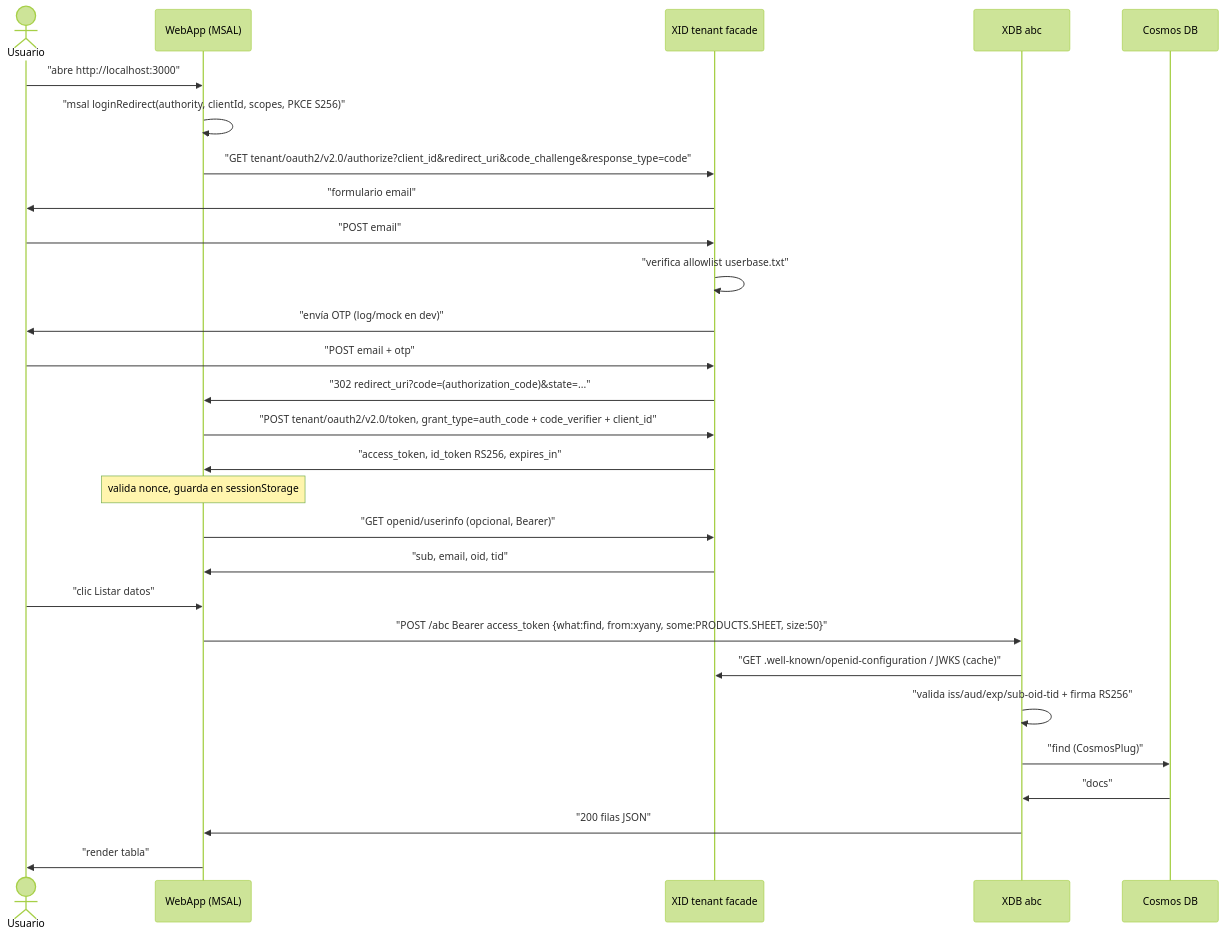
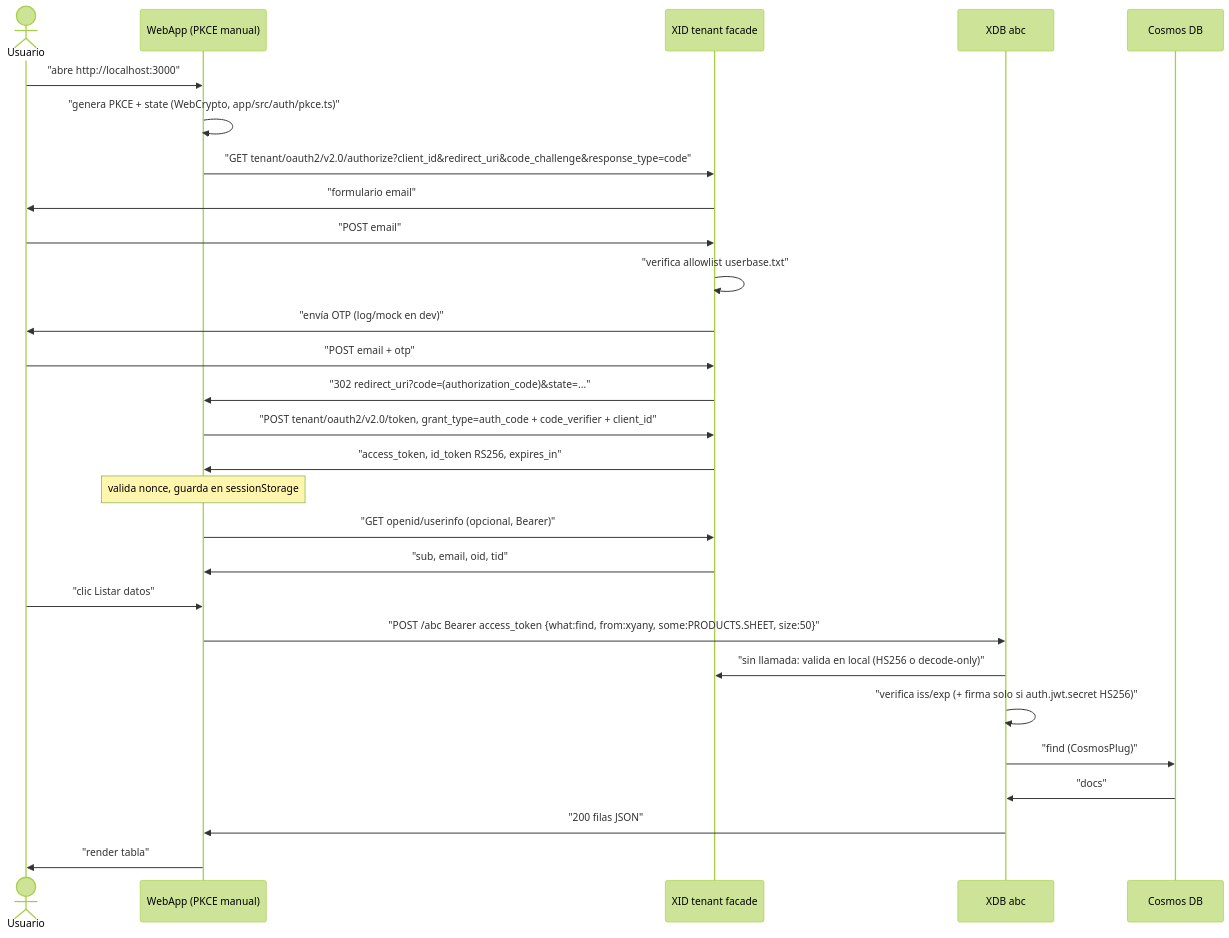
Before and after one commit to kaesar/cicddemoaz: the diagram in docs/flujo-auth.md, drawn with Mermaid (forest theme). The commit also changed other lines of this file and 17 other files, not shown here.

Commit message:
v0.1.0 Demo-App to check OAuth2 + PKCE, Microservice access and Pipeline with Azure Cloud & DevOps

````diff
--- a/docs/flujo-auth.md
+++ b/docs/flujo-auth.md
@@ -5,31 +5,31 @@
 ```mermaid
 sequenceDiagram
   actor U as Usuario
-  participant W as WebApp (MSAL)
+  participant W as WebApp (PKCE manual)
   participant XID as XID tenant facade
   participant XDB as XDB abc
   participant KV as Cosmos DB
 
   U->>W: "abre http://localhost:3000"
-  W->>W: "msal loginRedirect(authority, clientId, scopes, PKCE S256)"
+  W->>W: "genera PKCE + state (WebCrypto, app/src/auth/pkce.ts)"
   W->>XID: "GET tenant/oauth2/v2.0/authorize?client_id&redirect_uri&code_challenge&response_type=code"
   XID->>U: "formulario email"
   U->>XID: "POST email"
   XID->>XID: "verifica allowlist userbase.txt"
   XID->>U: "envía OTP (log/mock en dev)"
   U->>XID: "POST email + otp"
   XID->>W: "302 redirect_uri?code=(authorization_code)&state=..."
   W->>XID: "POST tenant/oauth2/v2.0/token, grant_type=auth_code + code_verifier + client_id"
   XID->>W: "access_token, id_token RS256, expires_in"
   Note over W: valida nonce, guarda en sessionStorage
   W->>XID: "GET openid/userinfo (opcional, Bearer)"
   XID->>W: "sub, email, oid, tid"
   U->>W: "clic Listar datos"
   W->>XDB: "POST /abc Bearer access_token {what:find, from:xyany, some:PRODUCTS.SHEET, size:50}"
-  XDB->>XID: "GET .well-known/openid-configuration / JWKS (cache)"
-  XDB->>XDB: "valida iss/aud/exp/sub-oid-tid + firma RS256"
+  XDB->>XID: "sin llamada: valida en local (HS256 o decode-only)"
+  XDB->>XDB: "verifica iss/exp (+ firma solo si auth.jwt.secret HS256)"
   XDB->>KV: "find (CosmosPlug)"
   KV->>XDB: "docs"
   XDB->>W: "200 filas JSON"
   W->>U: "render tabla"
 ```
````
